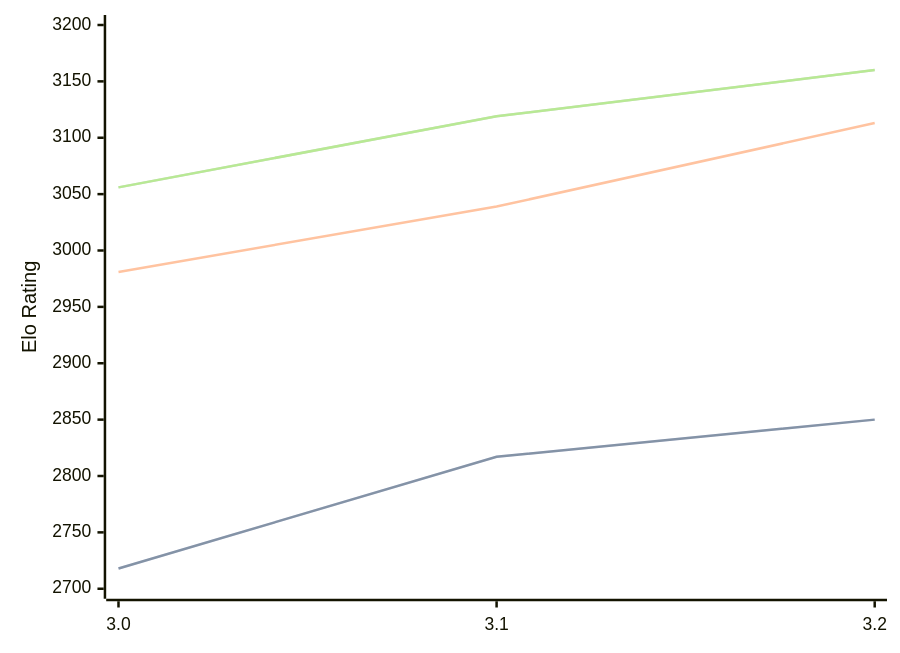
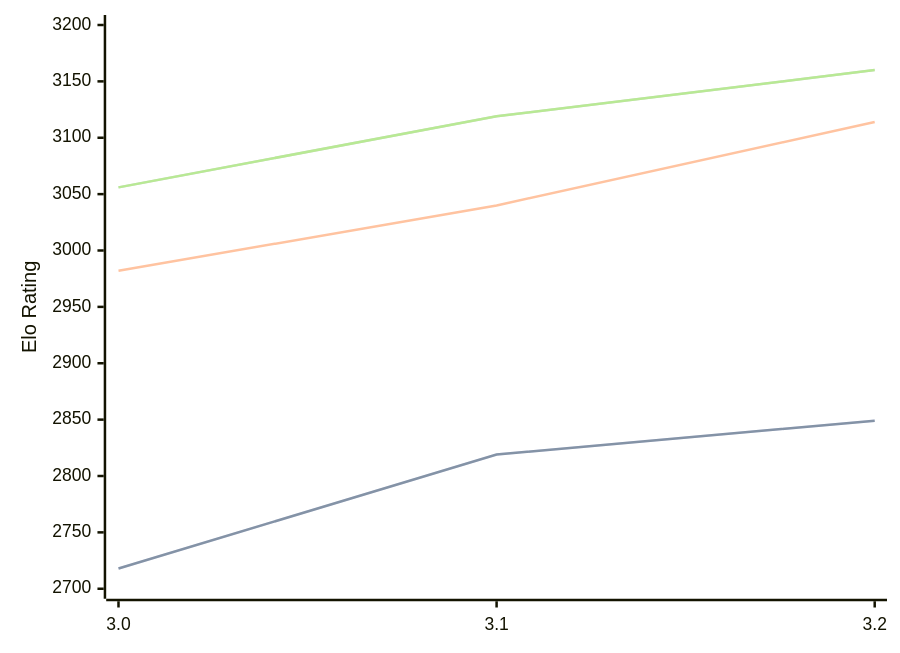
The diagram in engines/Vajolet2.md (computer-chess-index/cci), drawn with Mermaid before and after one commit. The commit also changed other lines of this file, not shown here.

````diff
--- a/engines/Vajolet2.md
+++ b/engines/Vajolet2.md
@@ -41,11 +41,11 @@
 ```mermaid
 %%{init: {"theme":"base","themeVariables":{"seriesColors:['#a3a3a3','#222221','#faa371']}}}%%
 xychart-beta
   x-axis ["3.0", "3.1", "3.2"]
   y-axis "Elo Rating" 2700 --> 3200
-  line "STC (8.0+0.08s)" [2718, 2817, 2850]
-  line "STC (8.0+0.08s)" [2718, 2817, 2850]
-  line "LTC (60.0+0.60s)" [2981, 3039, 3113]
+  line "STC (8.0+0.08s)" [2718, 2819, 2849]
+  line "STC (8.0+0.08s)" [2718, 2819, 2849]
+  line "LTC (60.0+0.60s)" [2982, 3040, 3114]
   line "VLTC (2m24s+1.12s)" [3056, 3119, 3160]
   line "VLTC (2m24s+1.12s)" [3056, 3119, 3160]
 ```
````
